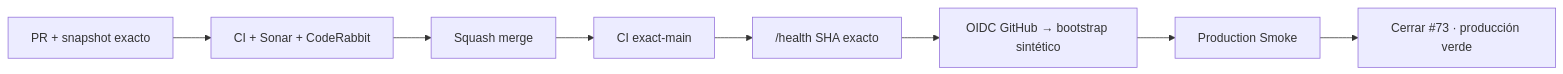
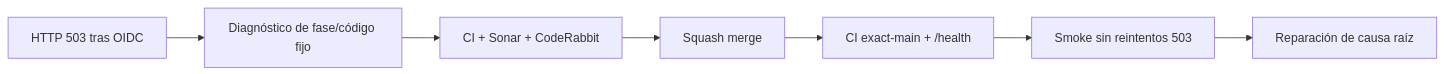
Before and after one commit to pl0n3r/GrindFlow: the diagram in README.md, drawn with Mermaid. The commit also changed other lines of this file and 1 other file, not shown here.

Commit message:
docs(smoke): align v0.1.124 README with exact 503 recovery slice

````diff
--- a/README.md
+++ b/README.md
@@ -48,10 +47,9 @@
 ```mermaid
 flowchart LR
- A["PR + snapshot exacto"] --> C["CI + Sonar + CodeRabbit"]
+ A["HTTP 503 tras OIDC"] --> B["Diagnóstico de fase/código fijo"]
+ B --> C["CI + Sonar + CodeRabbit"]
  C --> M["Squash merge"]
- M --> X["CI exact-main"]
- X --> H["/health SHA exacto"]
- H --> O["OIDC GitHub → bootstrap sintético"]
- O --> S["Production Smoke"]
- S --> G["Cerrar #73 · producción verde"]
+ M --> X["CI exact-main + /health"]
+ X --> S["Smoke sin reintentos 503"]
+ S --> G["Reparación de causa raíz"]
 ```
````
